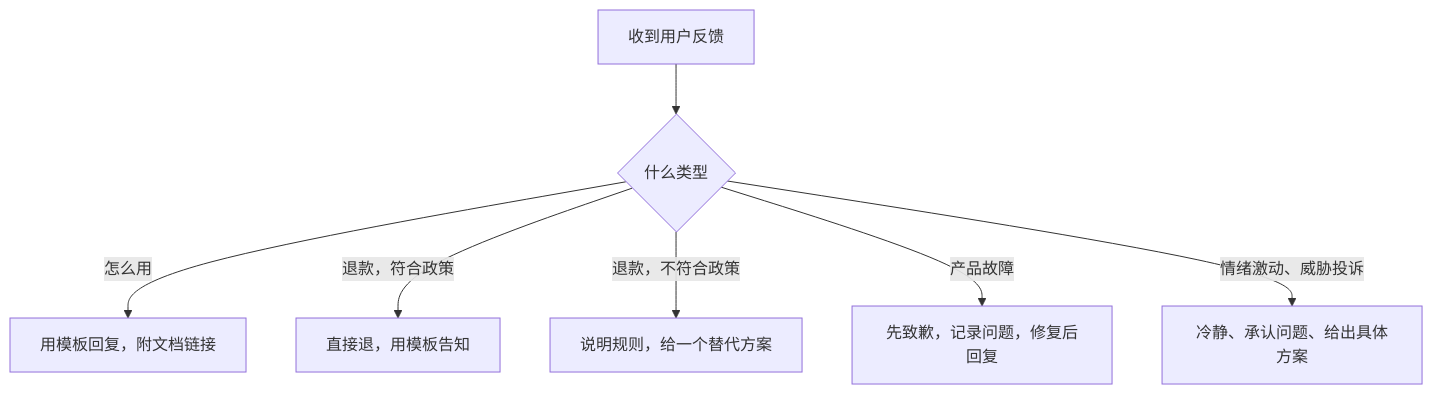
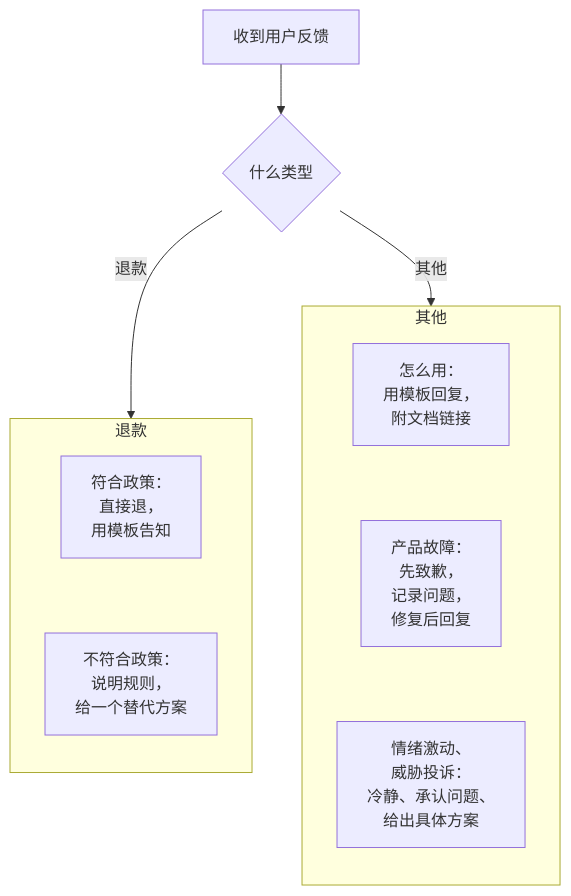
The second of 2 diagrams in books/pricing-monetization/07-refunds-disputes.md (jarvis-pro/hatch-shelf), drawn with Mermaid before and after one commit. The commit also changed other lines of this file and 432 other files, not shown here.

````diff
--- a/books/pricing-monetization/07-refunds-disputes.md
+++ b/books/pricing-monetization/07-refunds-disputes.md
@@ -177,9 +177,14 @@
 ```mermaid
 flowchart TD
   A["收到用户反馈"] --> B{"什么类型"}
-  B -->|"怎么用"| C["用模板回复，附文档链接"]
-  B -->|"退款，符合政策"| D["直接退，用模板告知"]
-  B -->|"退款，不符合政策"| E["说明规则，给一个替代方案"]
-  B -->|"产品故障"| F["先致歉，记录问题，修复后回复"]
-  B -->|"情绪激动、威胁投诉"| G["冷静、承认问题、给出具体方案"]
+  B -->|"退款"| REF
+  B -->|"其他"| OTH
+  subgraph REF["退款"]
+    direction TB
+    D["符合政策：<br/>直接退，<br/>用模板告知"] ~~~ E["不符合政策：<br/>说明规则，<br/>给一个替代方案"]
+  end
+  subgraph OTH["其他"]
+    direction TB
+    C["怎么用：<br/>用模板回复，<br/>附文档链接"] ~~~ F["产品故障：<br/>先致歉，<br/>记录问题，<br/>修复后回复"] ~~~ G["情绪激动、<br/>威胁投诉：<br/>冷静、承认问题、<br/>给出具体方案"]
+  end
 ```
````
